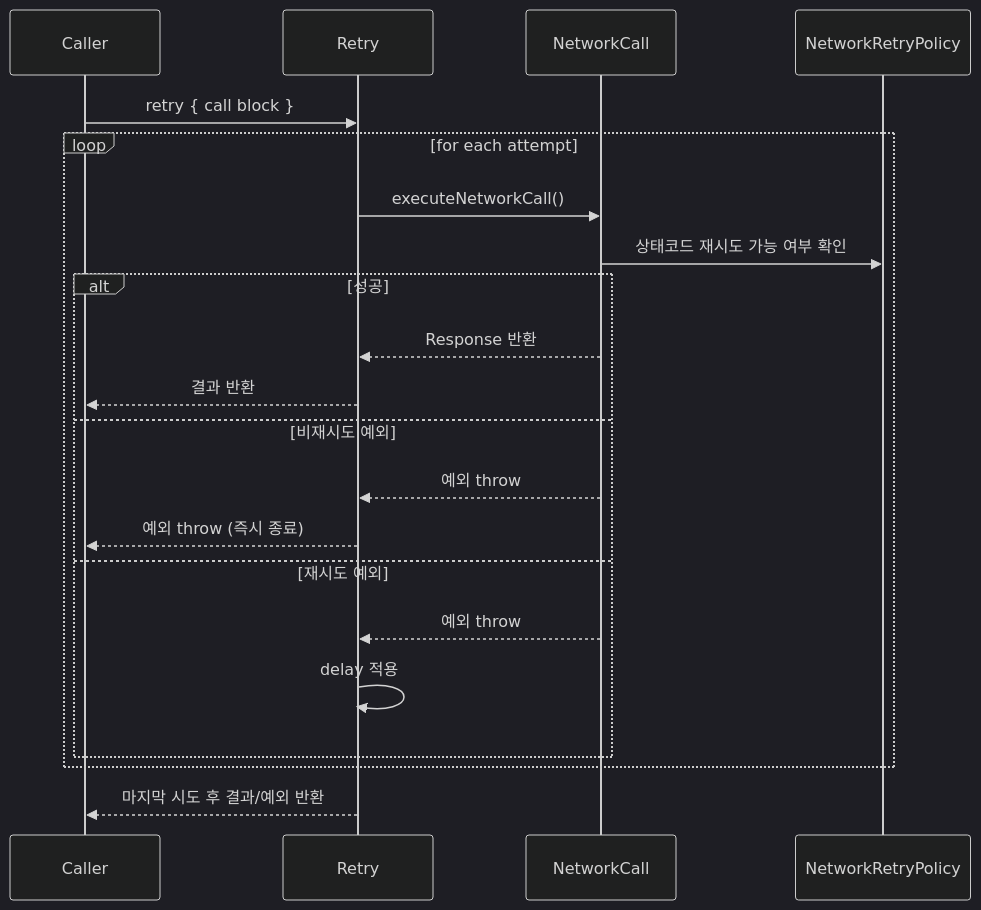
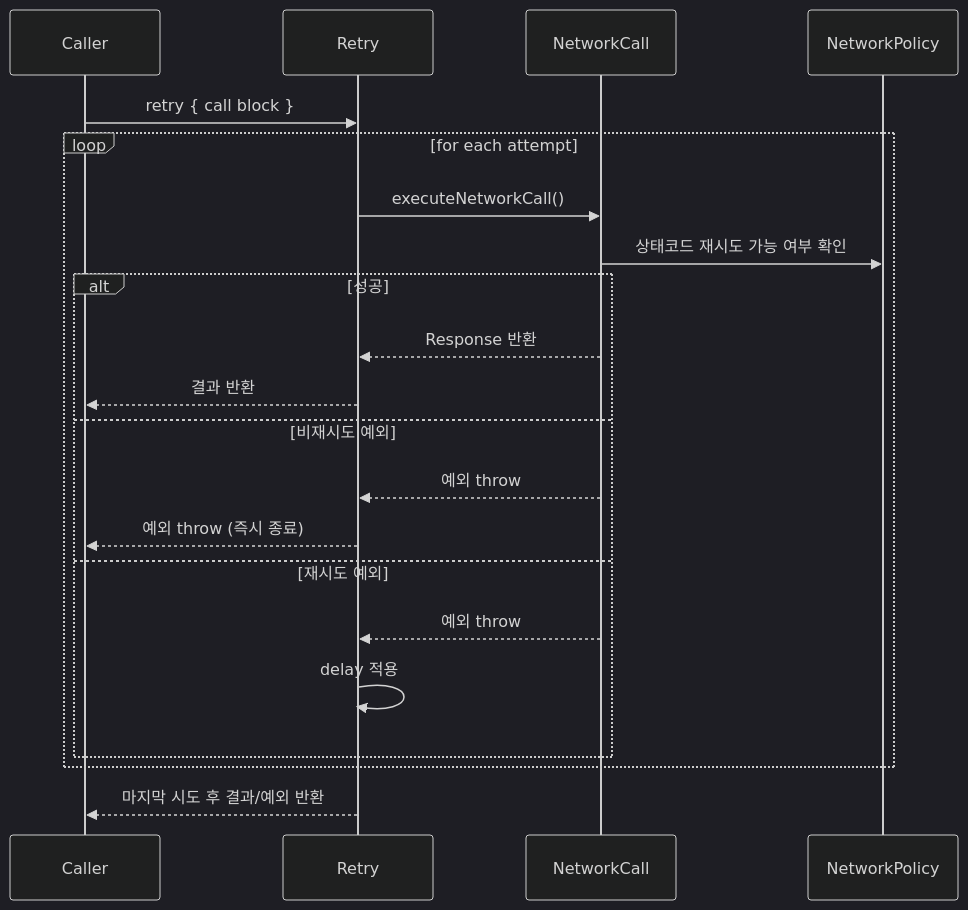
The diagram in core/data/src/main/java/com/turnin/core/data/source/network/util/RETRY_NETWORK_CALL_FLOW.md (Turnin-Dev/turnin-android), drawn with Mermaid (dark theme) before and after one commit. The commit also changed 3 other files, not shown here.

First line of the commit message:
[PK-171] refactor: Retrofit 재시도·예외 분류를 공유 NetworkPolicy로 통일

````diff
--- a/core/data/src/main/java/com/turnin/core/data/source/network/util/RETRY_NETWORK_CALL_FLOW.md
+++ b/core/data/src/main/java/com/turnin/core/data/source/network/util/RETRY_NETWORK_CALL_FLOW.md
@@ -2,23 +2,23 @@
 ```mermaid
 sequenceDiagram
     participant Caller
     participant Retry
     participant NetworkCall
-    participant NetworkRetryPolicy
+    participant NetworkPolicy
     Caller ->> Retry: retry { call block }
     loop for each attempt
         Retry ->> NetworkCall: executeNetworkCall()
-        NetworkCall ->> NetworkRetryPolicy: 상태코드 재시도 가능 여부 확인
+        NetworkCall ->> NetworkPolicy: 상태코드 재시도 가능 여부 확인
         alt 성공
             NetworkCall -->> Retry: Response 반환
             Retry -->> Caller: 결과 반환
         else 비재시도 예외
             NetworkCall -->> Retry: 예외 throw
             Retry -->> Caller: 예외 throw (즉시 종료)
         else 재시도 예외
             NetworkCall -->> Retry: 예외 throw
             Retry ->> Retry: delay 적용
         end
     end
     Retry -->> Caller: 마지막 시도 후 결과/예외 반환
 ```
````
